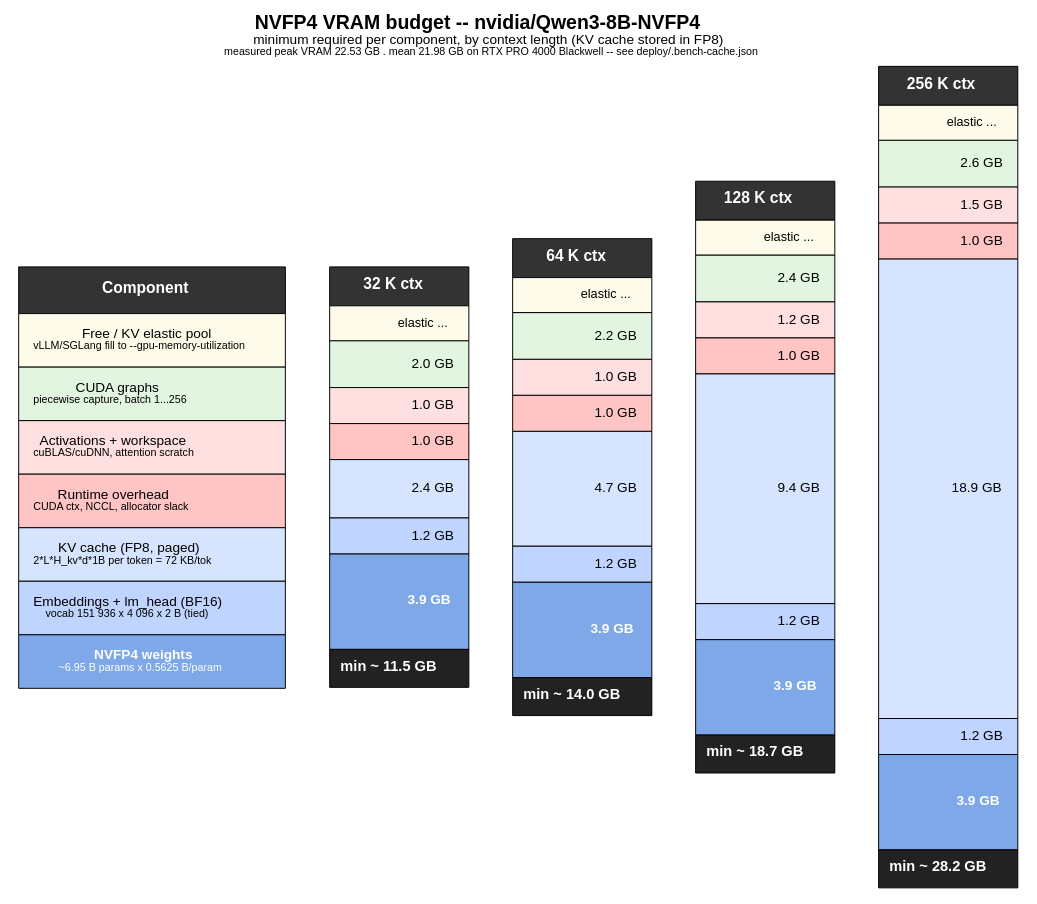
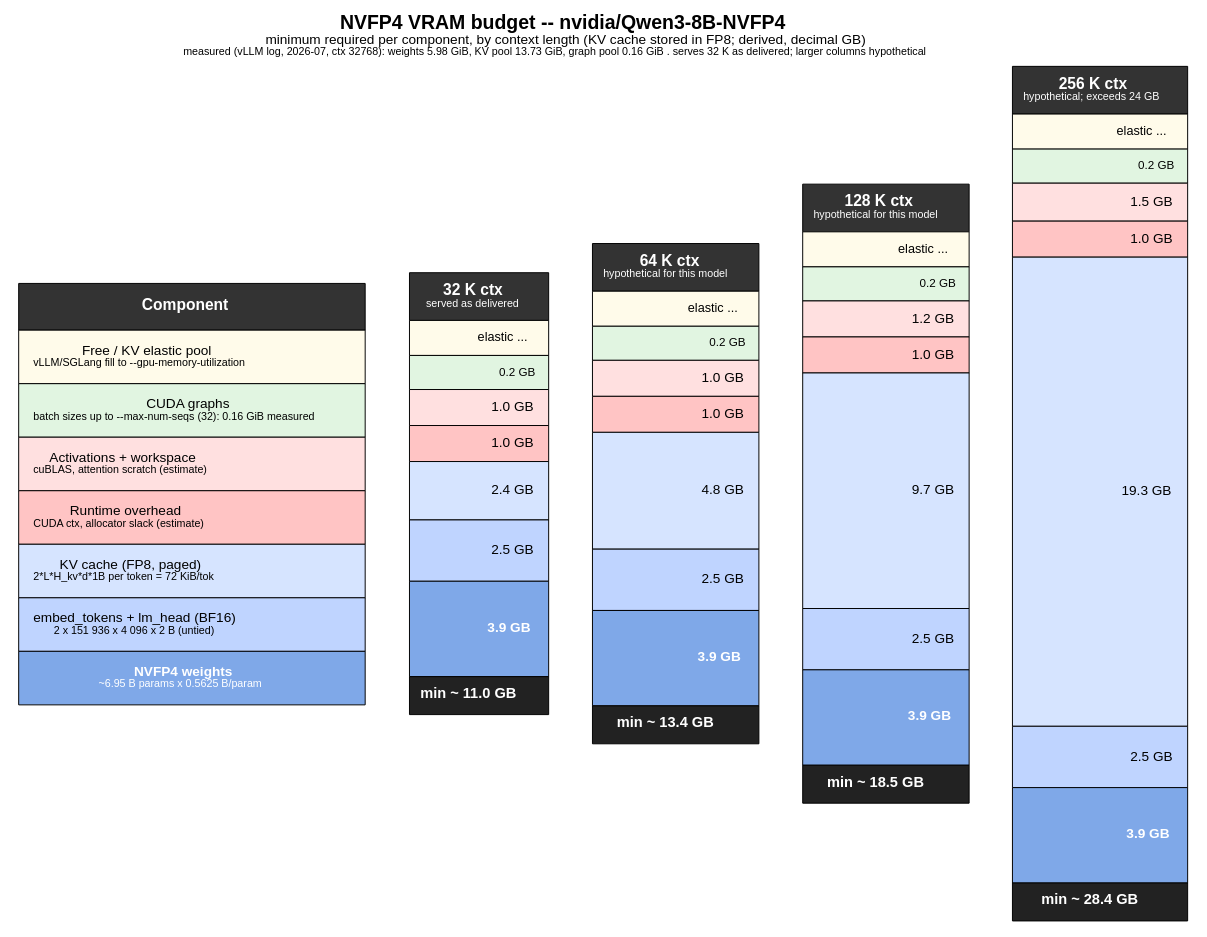
One commit to ksparavec/devai changed the diagram in docs/nvfp4-vram-budget.dot. Above: the diagram before and after it, drawn with Graphviz. The commit also changed 37 other files, not shown here.

```diff
--- a/docs/nvfp4-vram-budget.dot
+++ b/docs/nvfp4-vram-budget.dot
@@ -1,115 +1,106 @@
 // Realistic VRAM budget for nvidia/Qwen3-8B-NVFP4 at four context
-// lengths. Reference model chosen because the project has measured
-// benchmark data for it in deploy/.bench-cache.json (peak VRAM, mean
-// VRAM, TTFT, throughput, quality scores) -- the diagram is anchored to
-// real measurements rather than to probe-cache aggregates alone.
+// lengths (1 K = 1 024 tokens). Byte counts in the columns are derived
+// (decimal GB) and checked against vLLM's own memory lines.
 //
 // Source of truth:
-//   - measured: deploy/.bench-cache.json
-//       entry nvidia/Qwen3-8B-NVFP4@ccd10a893cbc
-//       peak_vram_gb=22.53, mean_vram_gb=21.98, ttft_ms_first=45563.3,
-//       ttft_ms_steady_p50=32.7, tps_sustained_p50=14.53
+//   - measured (vLLM log, 3 launches 2026-07-16..19, ctx 32768, v0.22.1;
+//     scripts/stats/perf_phases.py): weights loaded 5.98 GiB (checkpoint
+//     5.96 GiB), KV pool 13.73 GiB = 199 984 tokens at
+//     --gpu-memory-utilization 0.92, CUDA graph pool 0.16 GiB at
+//     --max-num-seqs 32
 //   - analytical: HF config.json for Qwen3-8B
 //       36 layers, 8 KV heads (GQA), head_dim 128, vocab 151936,
-//       hidden 4096, torch_dtype bf16,
-//       quantization_config.quant_algo=NVFP4 (group_size 16),
-//       kv_cache_scheme = FP8 (1 byte/elem)  <- halves KV vs FP16
-//       on-disk weights: 6.0 GB
+//       hidden 4096, quant_algo=NVFP4 (group_size 16),
+//       kv_cache_scheme = FP8 (1 byte/elem), untied embed_tokens and
+//       lm_head (both BF16)
+//
+// As delivered the checkpoint serves at most 32 K (position limit
+// 40 960); the 64 K / 128 K / 256 K columns are arithmetic only.
 //
 // Each column is a vertical stack; cell HEIGHT is roughly proportional
-// to bytes within a column. The numbers shown are MIN required (what
+// to bytes within a column. The numbers shown are the MIN required (what
 // the runtime would allocate without the elastic KV pool).
-//
-// PROBE PROVENANCE: the bench measurements come from an RTX PRO 4000
-// Blackwell (24 GB GDDR7, PCIe Gen5 x16) workstation card. There is no
-// data in this project from any other GPU.
 //
 // Render: dot -Tsvg nvfp4-vram-budget.dot -o nvfp4-vram-budget.svg
 
 digraph nvfp4_vram {
   rankdir=LR;
   fontname="Helvetica";
   nodesep=0.6;
   ranksep=0.4;
   graph [fontsize=20, labelloc=t,
-         label=<<B>NVFP4 VRAM budget -- nvidia/Qwen3-8B-NVFP4</B><BR/><FONT POINT-SIZE="14">minimum required per component, by context length (KV cache stored in FP8)</FONT><BR/><FONT POINT-SIZE="11">measured peak VRAM 22.53 GB . mean 21.98 GB on RTX PRO 4000 Blackwell -- see deploy/.bench-cache.json</FONT>>];
+         label=<<B>NVFP4 VRAM budget -- nvidia/Qwen3-8B-NVFP4</B><BR/><FONT POINT-SIZE="14">minimum required per component, by context length (KV cache stored in FP8; derived, decimal GB)</FONT><BR/><FONT POINT-SIZE="11">measured (vLLM log, 2026-07, ctx 32768): weights 5.98 GiB, KV pool 13.73 GiB, graph pool 0.16 GiB . serves 32 K as delivered; larger columns hypothetical</FONT>>];
   node [shape=plaintext, fontname="Helvetica", fontsize=14];
   edge [style=invis];
 
-  // Reference column: what each component is.
   ref [label=<
     <TABLE BORDER="0" CELLBORDER="1" CELLSPACING="0" CELLPADDING="14">
       <TR><TD BGCOLOR="#333333"><FONT COLOR="white" POINT-SIZE="16"><B>Component</B></FONT></TD></TR>
       <TR><TD BGCOLOR="#FFFBEA" ALIGN="LEFT"><FONT POINT-SIZE="14">Free / KV elastic pool</FONT><BR/><FONT POINT-SIZE="11">vLLM/SGLang fill to --gpu-memory-utilization</FONT></TD></TR>
-      <TR><TD BGCOLOR="#E1F5E1" ALIGN="LEFT"><FONT POINT-SIZE="14">CUDA graphs</FONT><BR/><FONT POINT-SIZE="11">piecewise capture, batch 1...256</FONT></TD></TR>
-      <TR><TD BGCOLOR="#FFE0E0" ALIGN="LEFT"><FONT POINT-SIZE="14">Activations + workspace</FONT><BR/><FONT POINT-SIZE="11">cuBLAS/cuDNN, attention scratch</FONT></TD></TR>
-      <TR><TD BGCOLOR="#FFC4C4" ALIGN="LEFT"><FONT POINT-SIZE="14">Runtime overhead</FONT><BR/><FONT POINT-SIZE="11">CUDA ctx, NCCL, allocator slack</FONT></TD></TR>
-      <TR><TD BGCOLOR="#D6E4FF" ALIGN="LEFT"><FONT POINT-SIZE="14">KV cache (FP8, paged)</FONT><BR/><FONT POINT-SIZE="11">2*L*H_kv*d*1B per token = 72 KB/tok</FONT></TD></TR>
-      <TR><TD BGCOLOR="#BFD4FF" ALIGN="LEFT"><FONT POINT-SIZE="14">Embeddings + lm_head (BF16)</FONT><BR/><FONT POINT-SIZE="11">vocab 151 936 x 4 096 x 2 B (tied)</FONT></TD></TR>
+      <TR><TD BGCOLOR="#E1F5E1" ALIGN="LEFT"><FONT POINT-SIZE="14">CUDA graphs</FONT><BR/><FONT POINT-SIZE="11">batch sizes up to --max-num-seqs (32): 0.16 GiB measured</FONT></TD></TR>
+      <TR><TD BGCOLOR="#FFE0E0" ALIGN="LEFT"><FONT POINT-SIZE="14">Activations + workspace</FONT><BR/><FONT POINT-SIZE="11">cuBLAS, attention scratch (estimate)</FONT></TD></TR>
+      <TR><TD BGCOLOR="#FFC4C4" ALIGN="LEFT"><FONT POINT-SIZE="14">Runtime overhead</FONT><BR/><FONT POINT-SIZE="11">CUDA ctx, allocator slack (estimate)</FONT></TD></TR>
+      <TR><TD BGCOLOR="#D6E4FF" ALIGN="LEFT"><FONT POINT-SIZE="14">KV cache (FP8, paged)</FONT><BR/><FONT POINT-SIZE="11">2*L*H_kv*d*1B per token = 72 KiB/tok</FONT></TD></TR>
+      <TR><TD BGCOLOR="#BFD4FF" ALIGN="LEFT"><FONT POINT-SIZE="14">embed_tokens + lm_head (BF16)</FONT><BR/><FONT POINT-SIZE="11">2 x 151 936 x 4 096 x 2 B (untied)</FONT></TD></TR>
       <TR><TD BGCOLOR="#7FA8E8"><FONT COLOR="white" POINT-SIZE="14"><B>NVFP4 weights</B></FONT><BR/><FONT COLOR="white" POINT-SIZE="11">~6.95 B params x 0.5625 B/param</FONT></TD></TR>
     </TABLE>
   >];
 
-  // 32K context column.  KV ~ 2.36 GB.
-  c32k [label=<
+  c0 [label=<
     <TABLE BORDER="0" CELLBORDER="1" CELLSPACING="0" CELLPADDING="10">
-      <TR><TD BGCOLOR="#333333"><FONT COLOR="white" POINT-SIZE="16"><B>32 K ctx</B></FONT></TD></TR>
+      <TR><TD BGCOLOR="#333333"><FONT COLOR="white" POINT-SIZE="16"><B>32 K ctx</B></FONT><BR/><FONT COLOR="white" POINT-SIZE="11">served as delivered</FONT></TD></TR>
       <TR><TD BGCOLOR="#FFFBEA" HEIGHT="28" ALIGN="RIGHT"><FONT POINT-SIZE="13">elastic ...</FONT></TD></TR>
-      <TR><TD BGCOLOR="#E1F5E1" HEIGHT="48" ALIGN="RIGHT"><FONT POINT-SIZE="14">2.0 GB</FONT></TD></TR>
+      <TR><TD BGCOLOR="#E1F5E1" HEIGHT="12" ALIGN="RIGHT"><FONT POINT-SIZE="12">0.2 GB</FONT></TD></TR>
       <TR><TD BGCOLOR="#FFE0E0" HEIGHT="28" ALIGN="RIGHT"><FONT POINT-SIZE="14">1.0 GB</FONT></TD></TR>
       <TR><TD BGCOLOR="#FFC4C4" HEIGHT="28" ALIGN="RIGHT"><FONT POINT-SIZE="14">1.0 GB</FONT></TD></TR>
       <TR><TD BGCOLOR="#D6E4FF" HEIGHT="60" ALIGN="RIGHT"><FONT POINT-SIZE="14">2.4 GB</FONT></TD></TR>
-      <TR><TD BGCOLOR="#BFD4FF" HEIGHT="32" ALIGN="RIGHT"><FONT POINT-SIZE="14">1.2 GB</FONT></TD></TR>
+      <TR><TD BGCOLOR="#BFD4FF" HEIGHT="63" ALIGN="RIGHT"><FONT POINT-SIZE="14">2.5 GB</FONT></TD></TR>
       <TR><TD BGCOLOR="#7FA8E8" HEIGHT="98" ALIGN="RIGHT"><FONT COLOR="white" POINT-SIZE="14"><B>3.9 GB</B></FONT></TD></TR>
-      <TR><TD BGCOLOR="#222222"><FONT COLOR="white" POINT-SIZE="15"><B>min ~ 11.5 GB</B></FONT></TD></TR>
+      <TR><TD BGCOLOR="#222222"><FONT COLOR="white" POINT-SIZE="15"><B>min ~ 11.0 GB</B></FONT></TD></TR>
     </TABLE>
   >];
 
-  // 64K context column.  KV ~ 4.72 GB.
-  c64k [label=<
+  c1 [label=<
     <TABLE BORDER="0" CELLBORDER="1" CELLSPACING="0" CELLPADDING="10">
-      <TR><TD BGCOLOR="#333333"><FONT COLOR="white" POINT-SIZE="16"><B>64 K ctx</B></FONT></TD></TR>
+      <TR><TD BGCOLOR="#333333"><FONT COLOR="white" POINT-SIZE="16"><B>64 K ctx</B></FONT><BR/><FONT COLOR="white" POINT-SIZE="11">hypothetical for this model</FONT></TD></TR>
       <TR><TD BGCOLOR="#FFFBEA" HEIGHT="28" ALIGN="RIGHT"><FONT POINT-SIZE="13">elastic ...</FONT></TD></TR>
-      <TR><TD BGCOLOR="#E1F5E1" HEIGHT="48" ALIGN="RIGHT"><FONT POINT-SIZE="14">2.2 GB</FONT></TD></TR>
+      <TR><TD BGCOLOR="#E1F5E1" HEIGHT="12" ALIGN="RIGHT"><FONT POINT-SIZE="12">0.2 GB</FONT></TD></TR>
       <TR><TD BGCOLOR="#FFE0E0" HEIGHT="28" ALIGN="RIGHT"><FONT POINT-SIZE="14">1.0 GB</FONT></TD></TR>
       <TR><TD BGCOLOR="#FFC4C4" HEIGHT="28" ALIGN="RIGHT"><FONT POINT-SIZE="14">1.0 GB</FONT></TD></TR>
-      <TR><TD BGCOLOR="#D6E4FF" HEIGHT="118" ALIGN="RIGHT"><FONT POINT-SIZE="14">4.7 GB</FONT></TD></TR>
-      <TR><TD BGCOLOR="#BFD4FF" HEIGHT="32" ALIGN="RIGHT"><FONT POINT-SIZE="14">1.2 GB</FONT></TD></TR>
+      <TR><TD BGCOLOR="#D6E4FF" HEIGHT="120" ALIGN="RIGHT"><FONT POINT-SIZE="14">4.8 GB</FONT></TD></TR>
+      <TR><TD BGCOLOR="#BFD4FF" HEIGHT="63" ALIGN="RIGHT"><FONT POINT-SIZE="14">2.5 GB</FONT></TD></TR>
       <TR><TD BGCOLOR="#7FA8E8" HEIGHT="98" ALIGN="RIGHT"><FONT COLOR="white" POINT-SIZE="14"><B>3.9 GB</B></FONT></TD></TR>
-      <TR><TD BGCOLOR="#222222"><FONT COLOR="white" POINT-SIZE="15"><B>min ~ 14.0 GB</B></FONT></TD></TR>
+      <TR><TD BGCOLOR="#222222"><FONT COLOR="white" POINT-SIZE="15"><B>min ~ 13.4 GB</B></FONT></TD></TR>
     </TABLE>
   >];
 
-  // 128K context column.  KV ~ 9.44 GB.
-  c128k [label=<
+  c2 [label=<
     <TABLE BORDER="0" CELLBORDER="1" CELLSPACING="0" CELLPADDING="10">
-      <TR><TD BGCOLOR="#333333"><FONT COLOR="white" POINT-SIZE="16"><B>128 K ctx</B></FONT></TD></TR>
+      <TR><TD BGCOLOR="#333333"><FONT COLOR="white" POINT-SIZE="16"><B>128 K ctx</B></FONT><BR/><FONT COLOR="white" POINT-SIZE="11">hypothetical for this model</FONT></TD></TR>
       <TR><TD BGCOLOR="#FFFBEA" HEIGHT="28" ALIGN="RIGHT"><FONT POINT-SIZE="13">elastic ...</FONT></TD></TR>
-      <TR><TD BGCOLOR="#E1F5E1" HEIGHT="48" ALIGN="RIGHT"><FONT POINT-SIZE="14">2.4 GB</FONT></TD></TR>
-      <TR><TD BGCOLOR="#FFE0E0" HEIGHT="28" ALIGN="RIGHT"><FONT POINT-SIZE="14">1.2 GB</FONT></TD></TR>
+      <TR><TD BGCOLOR="#E1F5E1" HEIGHT="12" ALIGN="RIGHT"><FONT POINT-SIZE="12">0.2 GB</FONT></TD></TR>
+      <TR><TD BGCOLOR="#FFE0E0" HEIGHT="31" ALIGN="RIGHT"><FONT POINT-SIZE="14">1.2 GB</FONT></TD></TR>
       <TR><TD BGCOLOR="#FFC4C4" HEIGHT="28" ALIGN="RIGHT"><FONT POINT-SIZE="14">1.0 GB</FONT></TD></TR>
-      <TR><TD BGCOLOR="#D6E4FF" HEIGHT="236" ALIGN="RIGHT"><FONT POINT-SIZE="14">9.4 GB</FONT></TD></TR>
-      <TR><TD BGCOLOR="#BFD4FF" HEIGHT="32" ALIGN="RIGHT"><FONT POINT-SIZE="14">1.2 GB</FONT></TD></TR>
+      <TR><TD BGCOLOR="#D6E4FF" HEIGHT="242" ALIGN="RIGHT"><FONT POINT-SIZE="14">9.7 GB</FONT></TD></TR>
+      <TR><TD BGCOLOR="#BFD4FF" HEIGHT="63" ALIGN="RIGHT"><FONT POINT-SIZE="14">2.5 GB</FONT></TD></TR>
       <TR><TD BGCOLOR="#7FA8E8" HEIGHT="98" ALIGN="RIGHT"><FONT COLOR="white" POINT-SIZE="14"><B>3.9 GB</B></FONT></TD></TR>
-      <TR><TD BGCOLOR="#222222"><FONT COLOR="white" POINT-SIZE="15"><B>min ~ 18.7 GB</B></FONT></TD></TR>
+      <TR><TD BGCOLOR="#222222"><FONT COLOR="white" POINT-SIZE="15"><B>min ~ 18.5 GB</B></FONT></TD></TR>
     </TABLE>
   >];
 
-  // 256K context column.  KV ~ 18.87 GB -> strict min over the 24 GB
-  // physical card; probe at this context errors with OOM.
-  c256k [label=<
+  c3 [label=<
     <TABLE BORDER="0" CELLBORDER="1" CELLSPACING="0" CELLPADDING="10">
-      <TR><TD BGCOLOR="#333333"><FONT COLOR="white" POINT-SIZE="16"><B>256 K ctx</B></FONT></TD></TR>
+      <TR><TD BGCOLOR="#333333"><FONT COLOR="white" POINT-SIZE="16"><B>256 K ctx</B></FONT><BR/><FONT COLOR="white" POINT-SIZE="11">hypothetical; exceeds 24 GB</FONT></TD></TR>
       <TR><TD BGCOLOR="#FFFBEA" HEIGHT="28" ALIGN="RIGHT"><FONT POINT-SIZE="13">elastic ...</FONT></TD></TR>
-      <TR><TD BGCOLOR="#E1F5E1" HEIGHT="48" ALIGN="RIGHT"><FONT POINT-SIZE="14">2.6 GB</FONT></TD></TR>
-      <TR><TD BGCOLOR="#FFE0E0" HEIGHT="28" ALIGN="RIGHT"><FONT POINT-SIZE="14">1.5 GB</FONT></TD></TR>
+      <TR><TD BGCOLOR="#E1F5E1" HEIGHT="12" ALIGN="RIGHT"><FONT POINT-SIZE="12">0.2 GB</FONT></TD></TR>
+      <TR><TD BGCOLOR="#FFE0E0" HEIGHT="39" ALIGN="RIGHT"><FONT POINT-SIZE="14">1.5 GB</FONT></TD></TR>
       <TR><TD BGCOLOR="#FFC4C4" HEIGHT="28" ALIGN="RIGHT"><FONT POINT-SIZE="14">1.0 GB</FONT></TD></TR>
-      <TR><TD BGCOLOR="#D6E4FF" HEIGHT="472" ALIGN="RIGHT"><FONT POINT-SIZE="14">18.9 GB</FONT></TD></TR>
-      <TR><TD BGCOLOR="#BFD4FF" HEIGHT="32" ALIGN="RIGHT"><FONT POINT-SIZE="14">1.2 GB</FONT></TD></TR>
+      <TR><TD BGCOLOR="#D6E4FF" HEIGHT="482" ALIGN="RIGHT"><FONT POINT-SIZE="14">19.3 GB</FONT></TD></TR>
+      <TR><TD BGCOLOR="#BFD4FF" HEIGHT="63" ALIGN="RIGHT"><FONT POINT-SIZE="14">2.5 GB</FONT></TD></TR>
       <TR><TD BGCOLOR="#7FA8E8" HEIGHT="98" ALIGN="RIGHT"><FONT COLOR="white" POINT-SIZE="14"><B>3.9 GB</B></FONT></TD></TR>
-      <TR><TD BGCOLOR="#222222"><FONT COLOR="white" POINT-SIZE="15"><B>min ~ 28.2 GB</B></FONT></TD></TR>
+      <TR><TD BGCOLOR="#222222"><FONT COLOR="white" POINT-SIZE="15"><B>min ~ 28.4 GB</B></FONT></TD></TR>
     </TABLE>
   >];
 
-  ref -> c32k -> c64k -> c128k -> c256k;
+  ref -> c0 -> c1 -> c2 -> c3;
 }
```
